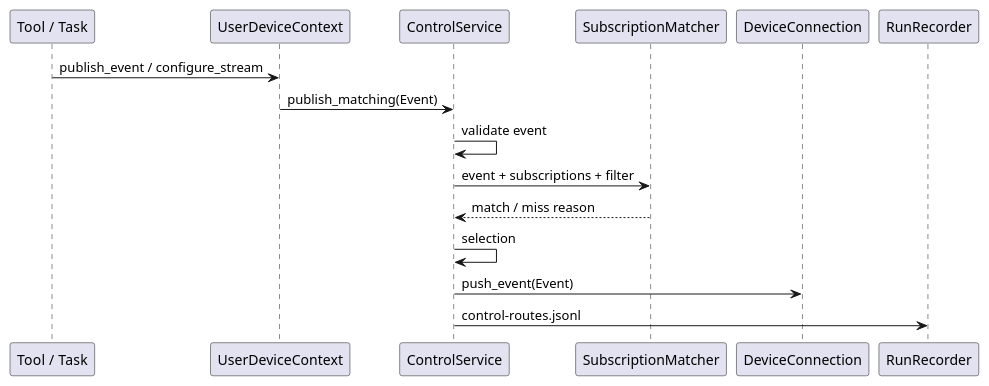
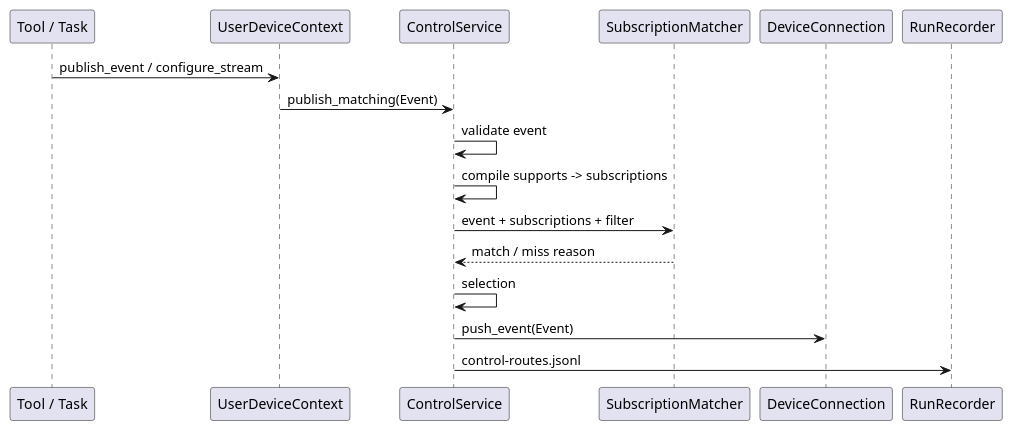
Before and after one commit to HengeLiu/RealtimeAgent: the diagram in docs/event-subscription-routing-optimization.md, drawn with PlantUML. The commit also changed other lines of this file and 22 other files, not shown here.

````diff
--- a/docs/event-subscription-routing-optimization.md
+++ b/docs/event-subscription-routing-optimization.md
@@ -15,19 +15,20 @@
 ```plantuml
 @startuml
 participant "Tool / Task" as Tool
 participant "UserDeviceContext" as Context
 participant "ControlService" as Control
 participant "SubscriptionMatcher" as Matcher
 participant "DeviceConnection" as Device
 participant "RunRecorder" as Recorder
 
 Tool -> Context: publish_event / configure_stream
 Context -> Control: publish_matching(Event)
 Control -> Control: validate event
+Control -> Control: compile supports -> subscriptions
 Control -> Matcher: event + subscriptions + filter
 Matcher --> Control: match / miss reason
 Control -> Control: selection
 Control -> Device: push_event(Event)
 Control -> Recorder: control-routes.jsonl
 @enduml
 ```
````
